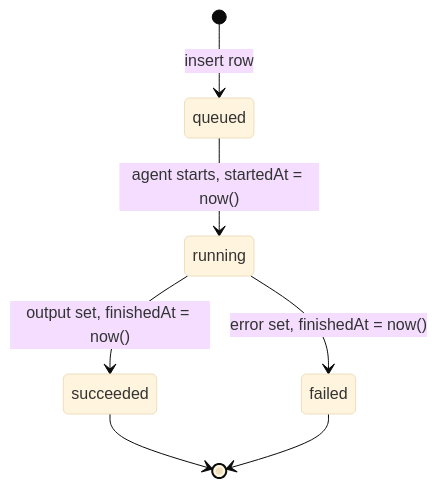
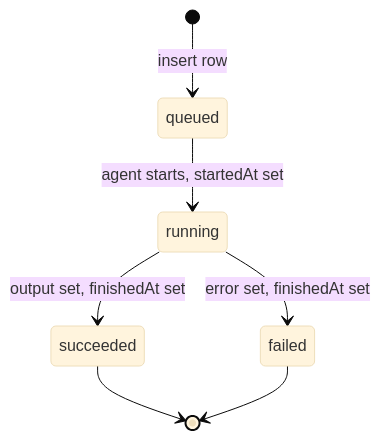
Before and after one commit to tajalagawani/BOQs-master: the first of 2 diagrams in docs/modules/procurex/operational-modules.md, drawn with Mermaid (base theme). The commit also changed other lines of this file and 8 other files, not shown here.

First line of the commit message:
fix(docs): mermaid 11 syntax across 18 diagrams in 9 module docs

````diff
--- a/docs/modules/procurex/operational-modules.md
+++ b/docs/modules/procurex/operational-modules.md
@@ -34,9 +34,9 @@
 ```mermaid
 stateDiagram-v2
     [*] --> queued: insert row
-    queued --> running: agent starts, startedAt = now()
-    running --> succeeded: output set, finishedAt = now()
-    running --> failed: error set, finishedAt = now()
+    queued --> running: agent starts, startedAt set
+    running --> succeeded: output set, finishedAt set
+    running --> failed: error set, finishedAt set
     succeeded --> [*]
     failed --> [*]
 ```
````
